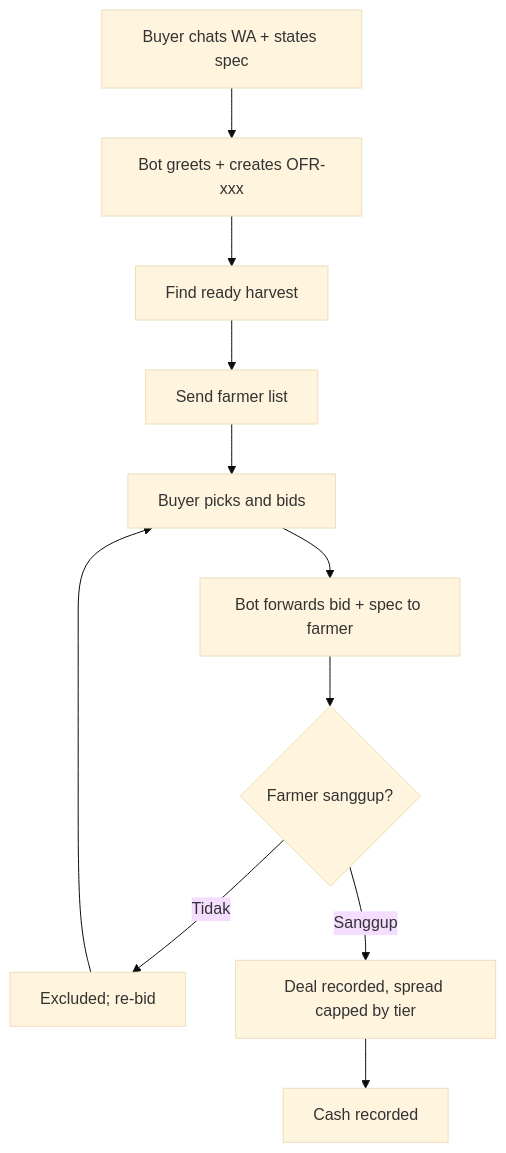
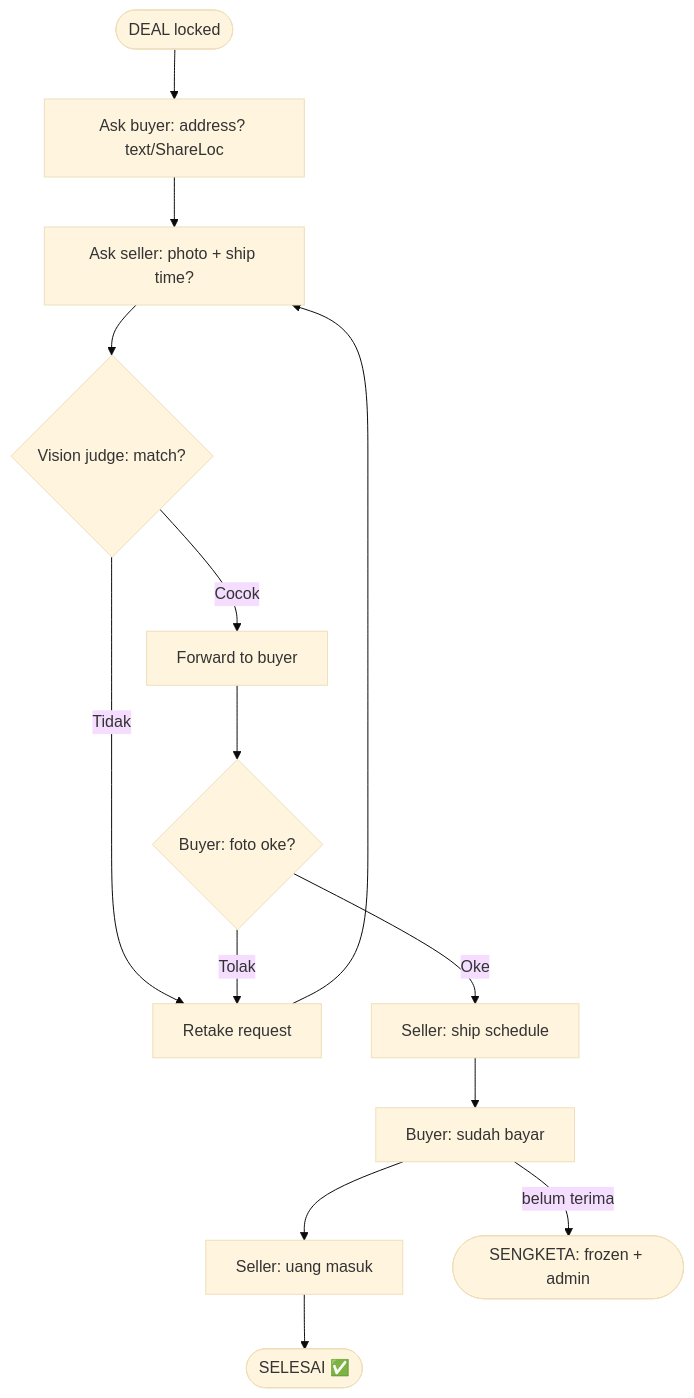
The second of 2 diagrams in docs/negotiation-flow.md (WawaGanteng13/hai-tani-release), drawn with Mermaid (base theme) before and after one commit. The commit also changed other lines of this file and 1 other file, not shown here.

Commit message:
docs: rewrite negotiation + business flow diagrams (mermaid, fulfil pipeline)

````diff
--- a/docs/negotiation-flow.md
+++ b/docs/negotiation-flow.md
@@ -5,13 +29,16 @@
 ```mermaid
 flowchart TD
-    A[Buyer chats WA + states spec] --> B[Bot greets + creates OFR-xxx]
-    B --> C[Find ready harvest]
-    C --> D[Send farmer list]
-    D --> E[Buyer picks and bids]
-    E --> F[Bot forwards bid + spec to farmer]
-    F --> G{Farmer sanggup?}
-    G -->|Tidak| I[Excluded; re-bid]
-    I --> E
-    G -->|Sanggup| H[Deal recorded, spread capped by tier]
-    H --> J[Cash recorded]
+    DEAL([DEAL locked]) --> ADDR[Ask buyer: address? text/ShareLoc]
+    ADDR --> PHOTO[Ask seller: photo + ship time?]
+    PHOTO --> JUDGE{Vision judge: match?}
+    JUDGE -->|Tidak| RETAKE[Retake request]
+    RETAKE --> PHOTO
+    JUDGE -->|Cocok| FWD[Forward to buyer]
+    FWD --> VERDICT{Buyer: foto oke?}
+    VERDICT -->|Tolak| RETAKE
+    VERDICT -->|Oke| SCHED[Seller: ship schedule]
+    SCHED --> PAID[Buyer: sudah bayar]
+    PAID --> RCVD[Seller: uang masuk]
+    RCVD --> DONE([SELESAI ✅])
+    PAID -->|belum terima| FRZ([SENGKETA: frozen + admin])
 ```
````
